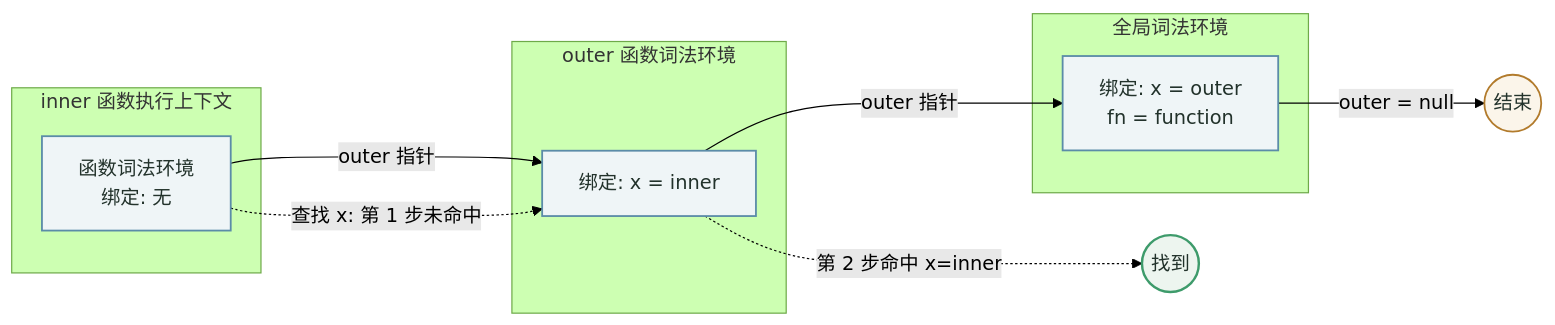
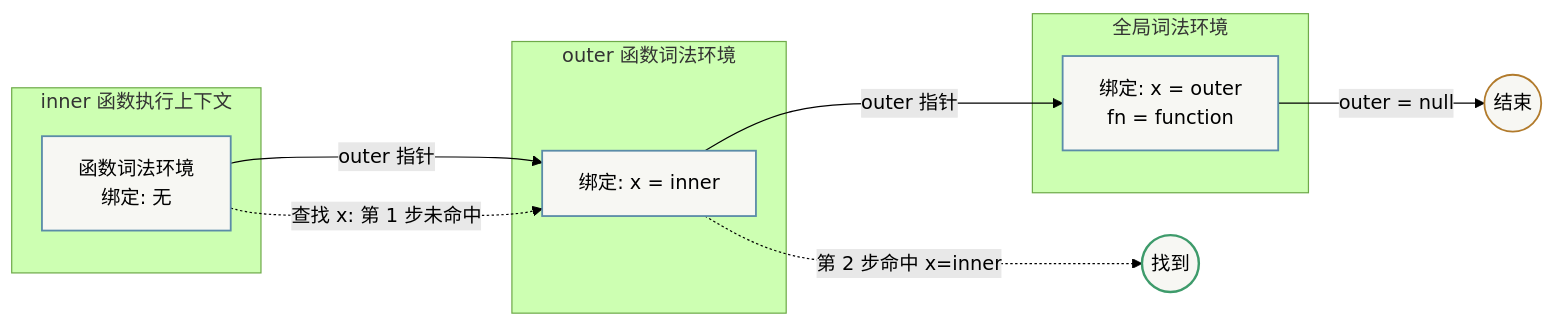
The second of 3 diagrams in docs/javascript/execution-context-closure.md (Fatejian/frontier-vault), drawn with Mermaid (forest theme) before and after one commit. The commit also changed other lines of this file and 65 other files, not shown here.

First line of the commit message:
fix(theme): unify mermaid chart palette and remove solid core fills

````diff
--- a/docs/javascript/execution-context-closure.md
+++ b/docs/javascript/execution-context-closure.md
@@ -206,26 +206,26 @@
 ```mermaid
 flowchart LR
     subgraph Inner["inner 函数执行上下文"]
         IE["函数词法环境<br/>绑定: 无"]
     end
     subgraph Outer["outer 函数词法环境"]
         OE["绑定: x = inner"]
     end
     subgraph Global["全局词法环境"]
         GE["绑定: x = outer<br/>fn = function"]
     end
 
     IE -- "outer 指针" --> OE
     OE -- "outer 指针" --> GE
     GE -- "outer = null" --> Null((结束))
 
     IE -. "查找 x: 第 1 步未命中" .-> OE
     OE -. "第 2 步命中 x=inner" .-> Hit((找到))
 
-    classDef env fill:#EFF5F7,stroke:#5B8CA8,color:#22322B,stroke-width:1.5px;
-    classDef hit fill:#EDF5EF,stroke:#3E9B6B,color:#22322B,stroke-width:2px;
-    classDef ending fill:#FBF5EA,stroke:#B27B2C,color:#22322B,stroke-width:1.5px;
+    classDef env fill:#F7F7F3,stroke:#5B8CA8,stroke-width:1.5px;
+    classDef hit fill:#F7F7F3,stroke:#3E9B6B,stroke-width:2px;
+    classDef ending fill:#F7F7F3,stroke:#B27B2C,stroke-width:1.5px;
     class IE,OE,GE env;
     class Hit hit;
     class Null ending;
 ```
````
